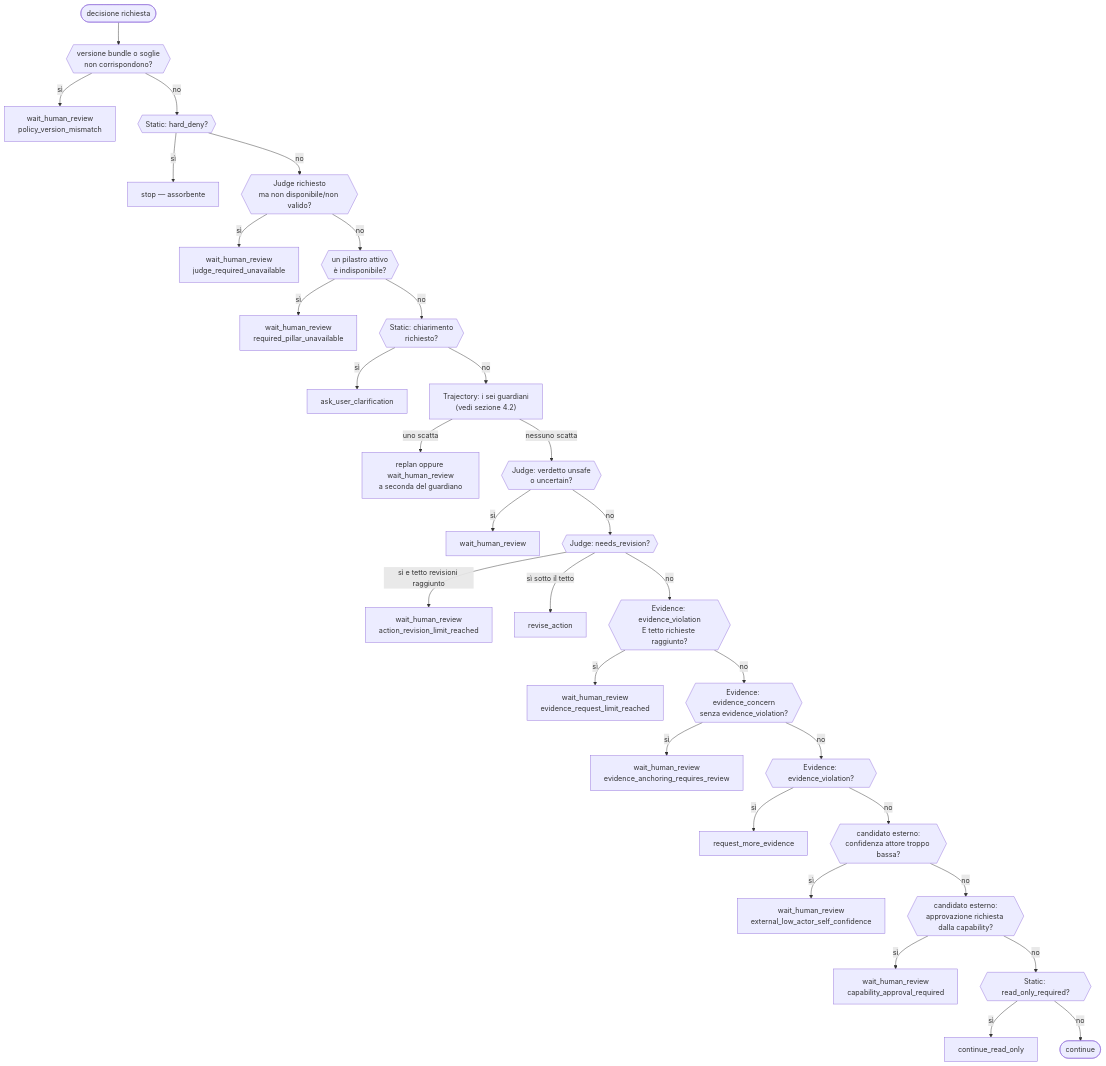
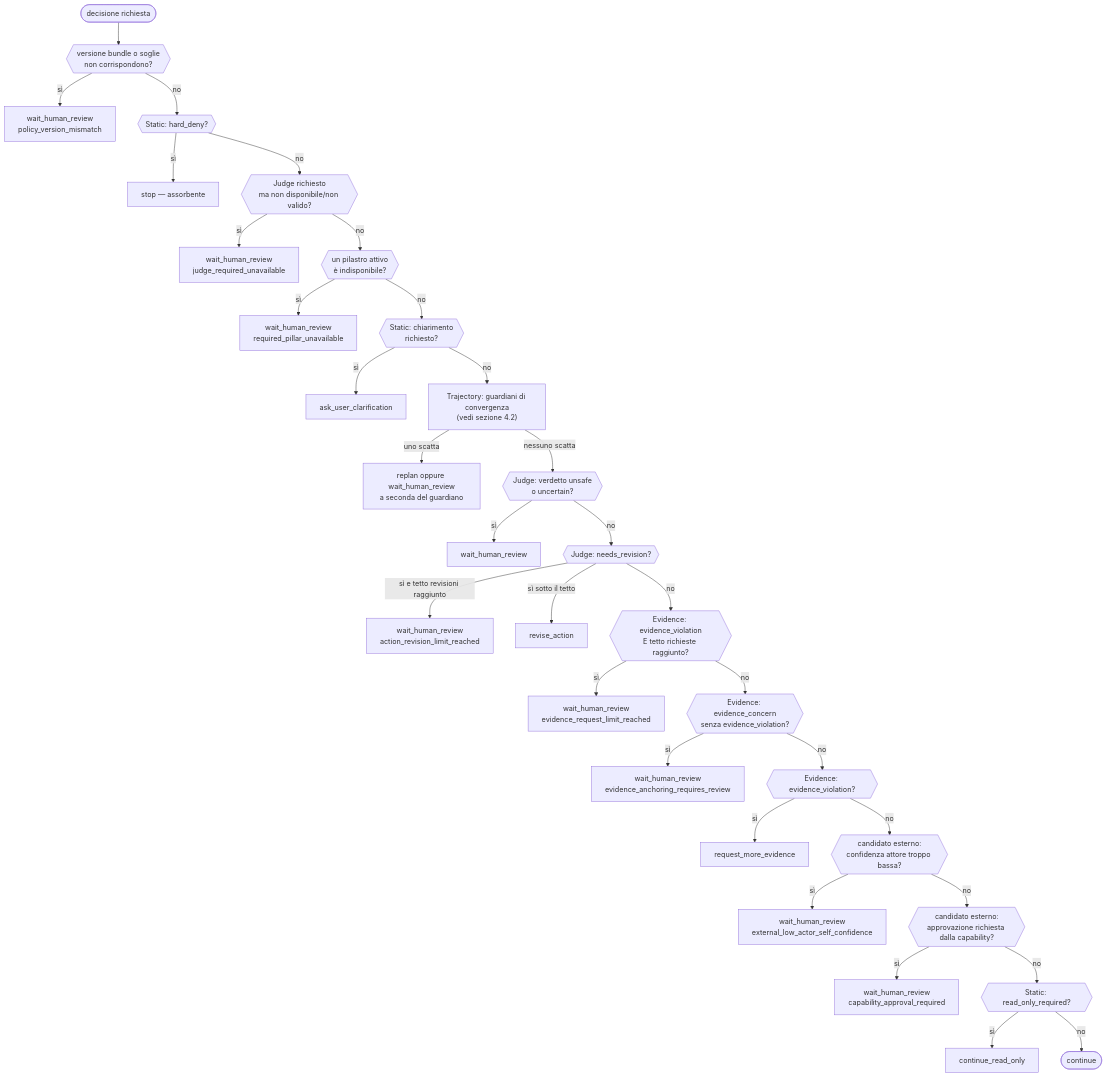
Before and after one commit to francescogabrieli/agents_oversight_engine: the eighth of 8 diagrams in docs/contracts_and_policy/pillars_riferimento_completo.md, drawn with Mermaid. The commit also changed other lines of this file, not shown here.

````diff
--- a/docs/contracts_and_policy/pillars_riferimento_completo.md
+++ b/docs/contracts_and_policy/pillars_riferimento_completo.md
@@ -602,33 +615,33 @@
 ```mermaid
 flowchart TD
     S(["decisione richiesta"]) --> V{{"versione bundle o soglie<br/>non corrispondono?"}}
     V -->|sì| VX["wait_human_review<br/>policy_version_mismatch"]
     V -->|no| D{{"Static: hard_deny?"}}
     D -->|sì| DX["stop — assorbente"]
     D -->|no| JU{{"Judge richiesto<br/>ma non disponibile/non valido?"}}
     JU -->|sì| JUX["wait_human_review<br/>judge_required_unavailable"]
     JU -->|no| PU{{"un pilastro attivo<br/>è indisponibile?"}}
     PU -->|sì| PUX["wait_human_review<br/>required_pillar_unavailable"]
     PU -->|no| CL{{"Static: chiarimento<br/>richiesto?"}}
     CL -->|sì| CLX["ask_user_clarification"]
-    CL -->|no| TJ["Trajectory: i sei guardiani<br/>(vedi sezione 4.2)"]
+    CL -->|no| TJ["Trajectory: guardiani di convergenza<br/>(vedi sezione 4.2)"]
     TJ -->|uno scatta| TJX["replan oppure wait_human_review<br/>a seconda del guardiano"]
     TJ -->|nessuno scatta| JV{{"Judge: verdetto unsafe<br/>o uncertain?"}}
     JV -->|sì| JVX["wait_human_review"]
     JV -->|no| JR{{"Judge: needs_revision?"}}
     JR -->|sì e tetto revisioni raggiunto| JRX["wait_human_review<br/>action_revision_limit_reached"]
     JR -->|sì sotto il tetto| JRR["revise_action"]
     JR -->|no| EVV{{"Evidence: evidence_violation<br/>E tetto richieste raggiunto?"}}
     EVV -->|sì| EVX["wait_human_review<br/>evidence_request_limit_reached"]
     EVV -->|no| EVC{{"Evidence: evidence_concern<br/>senza evidence_violation?"}}
     EVC -->|sì| EVA["wait_human_review<br/>evidence_anchoring_requires_review"]
     EVC -->|no| EVR2{{"Evidence: evidence_violation?"}}
     EVR2 -->|sì| EVR["request_more_evidence"]
     EVR2 -->|no| LC{{"candidato esterno:<br/>confidenza attore troppo bassa?"}}
     LC -->|sì| LCX["wait_human_review<br/>external_low_actor_self_confidence"]
     LC -->|no| AP{{"candidato esterno:<br/>approvazione richiesta dalla capability?"}}
     AP -->|sì| APX["wait_human_review<br/>capability_approval_required"]
     AP -->|no| RO{{"Static: read_only_required?"}}
     RO -->|sì| ROX["continue_read_only"]
     RO -->|no| GO(["continue"])
 ```
````
